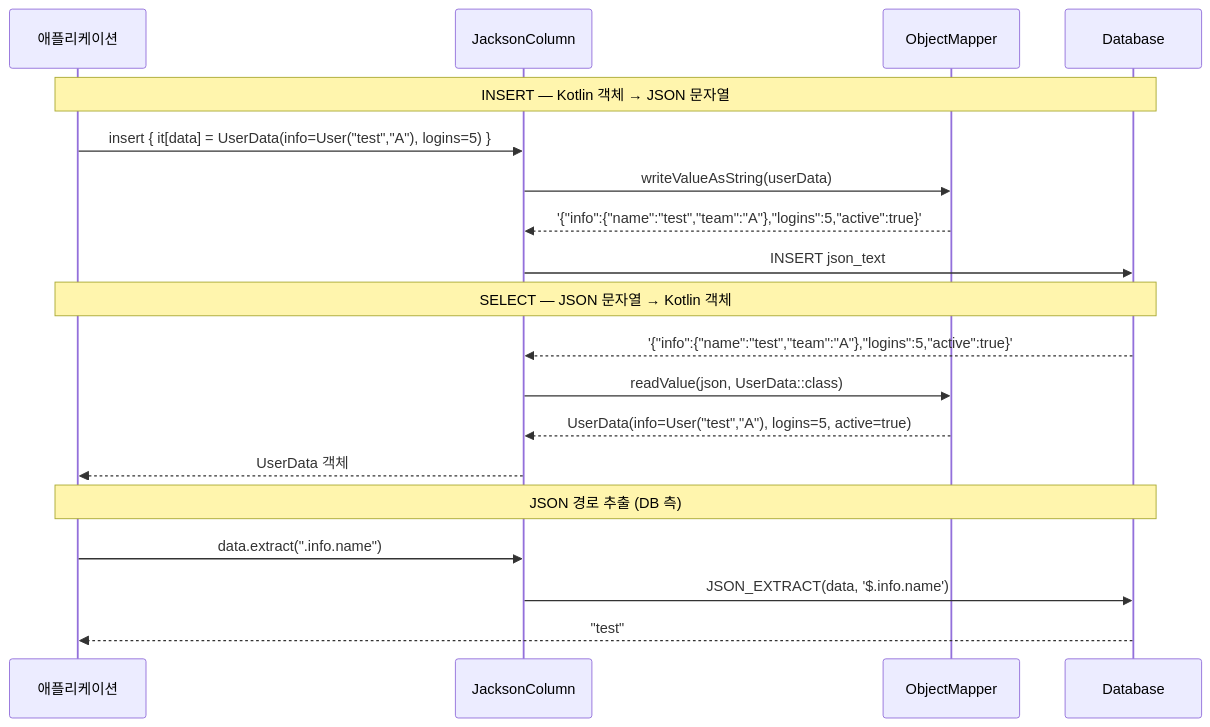
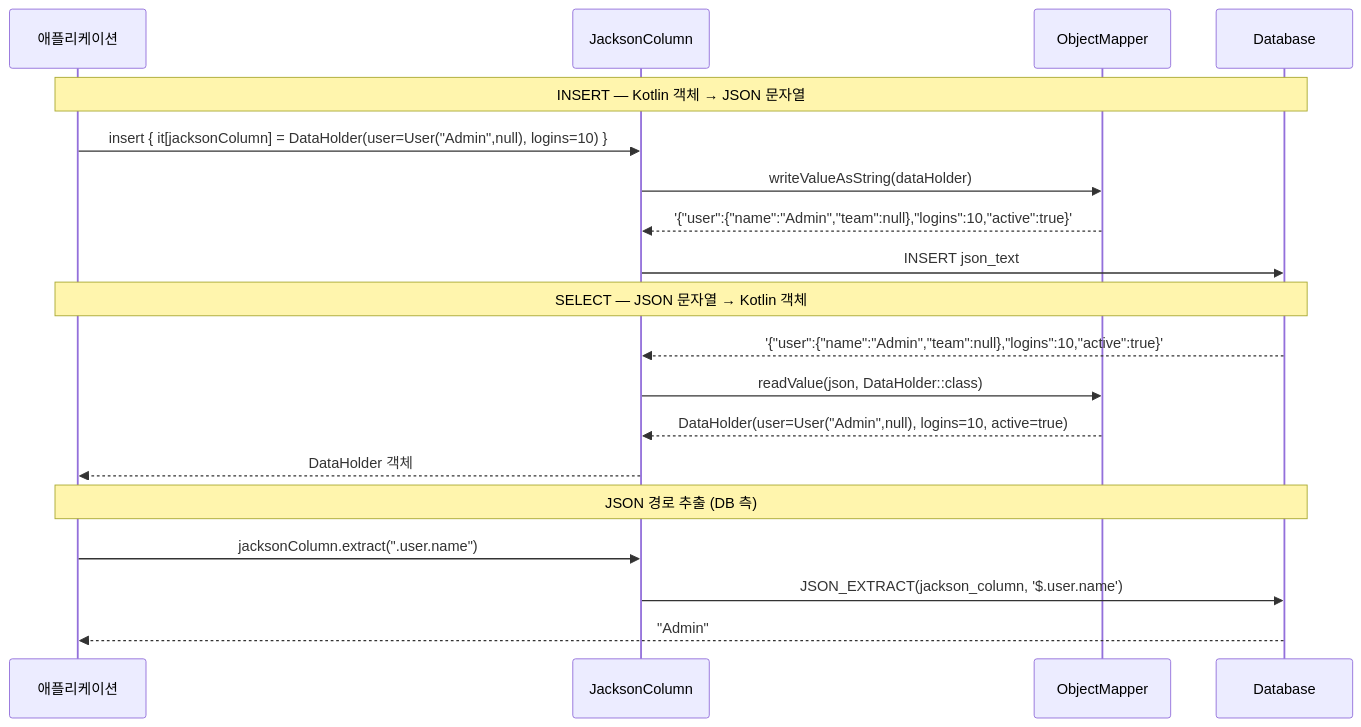
The second of 3 diagrams in 06-advanced/08-exposed-r2dbc-jackson/README.ko.md (bluetape4k/exposed-r2dbc-workshop), drawn with Mermaid before and after one commit. The commit also changed other lines of this file and 19 other files, not shown here.

````diff
--- a/06-advanced/08-exposed-r2dbc-jackson/README.ko.md
+++ b/06-advanced/08-exposed-r2dbc-jackson/README.ko.md
@@ -105,24 +105,24 @@
 ```mermaid
 sequenceDiagram
     participant App as 애플리케이션
     participant Col as JacksonColumn
     participant OM as ObjectMapper
     participant DB as Database
 
     Note over App,DB: INSERT — Kotlin 객체 → JSON 문자열
-    App ->> Col: insert { it[data] = UserData(info=User("test","A"), logins=5) }
-    Col ->> OM: writeValueAsString(userData)
-    OM -->> Col: '{"info":{"name":"test","team":"A"},"logins":5,"active":true}'
+    App ->> Col: insert { it[jacksonColumn] = DataHolder(user=User("Admin",null), logins=10) }
+    Col ->> OM: writeValueAsString(dataHolder)
+    OM -->> Col: '{"user":{"name":"Admin","team":null},"logins":10,"active":true}'
     Col ->> DB: INSERT json_text
 
     Note over App,DB: SELECT — JSON 문자열 → Kotlin 객체
-    DB -->> Col: '{"info":{"name":"test","team":"A"},"logins":5,"active":true}'
-    Col ->> OM: readValue(json, UserData::class)
-    OM -->> Col: UserData(info=User("test","A"), logins=5, active=true)
-    Col -->> App: UserData 객체
+    DB -->> Col: '{"user":{"name":"Admin","team":null},"logins":10,"active":true}'
+    Col ->> OM: readValue(json, DataHolder::class)
+    OM -->> Col: DataHolder(user=User("Admin",null), logins=10, active=true)
+    Col -->> App: DataHolder 객체
 
     Note over App,DB: JSON 경로 추출 (DB 측)
-    App ->> Col: data.extract(".info.name")
-    Col ->> DB: JSON_EXTRACT(data, '$.info.name')
-    DB -->> App: "test"
+    App ->> Col: jacksonColumn.extract(".user.name")
+    Col ->> DB: JSON_EXTRACT(jackson_column, '$.user.name')
+    DB -->> App: "Admin"
 ```
````
